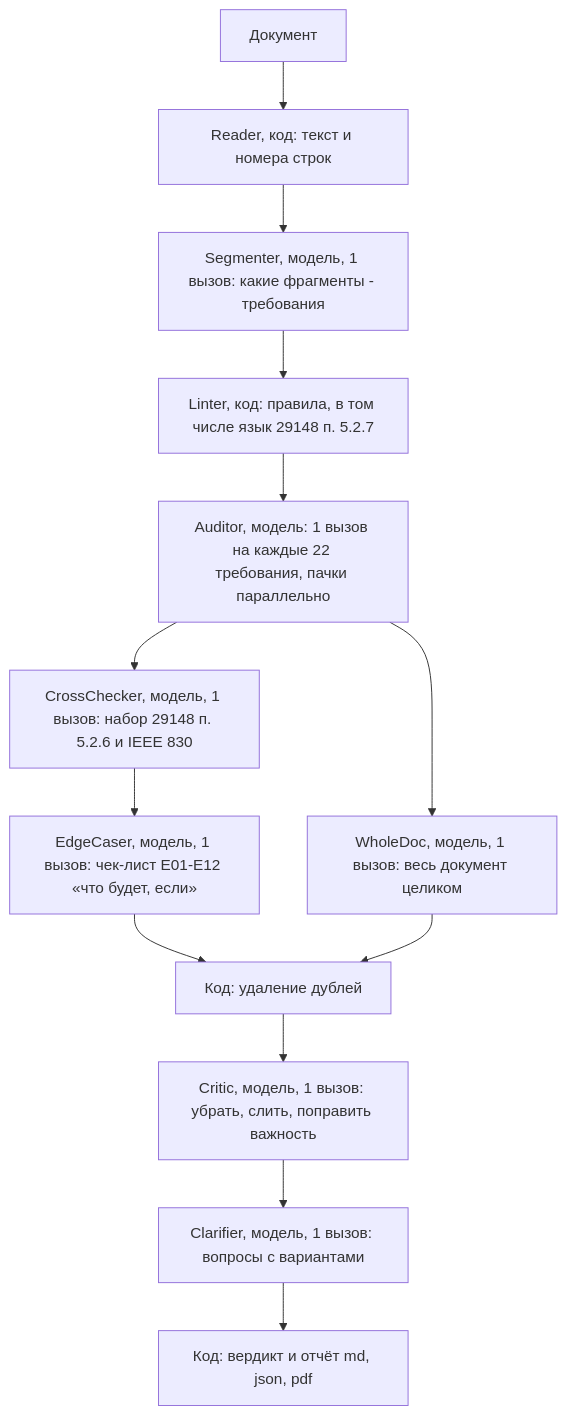
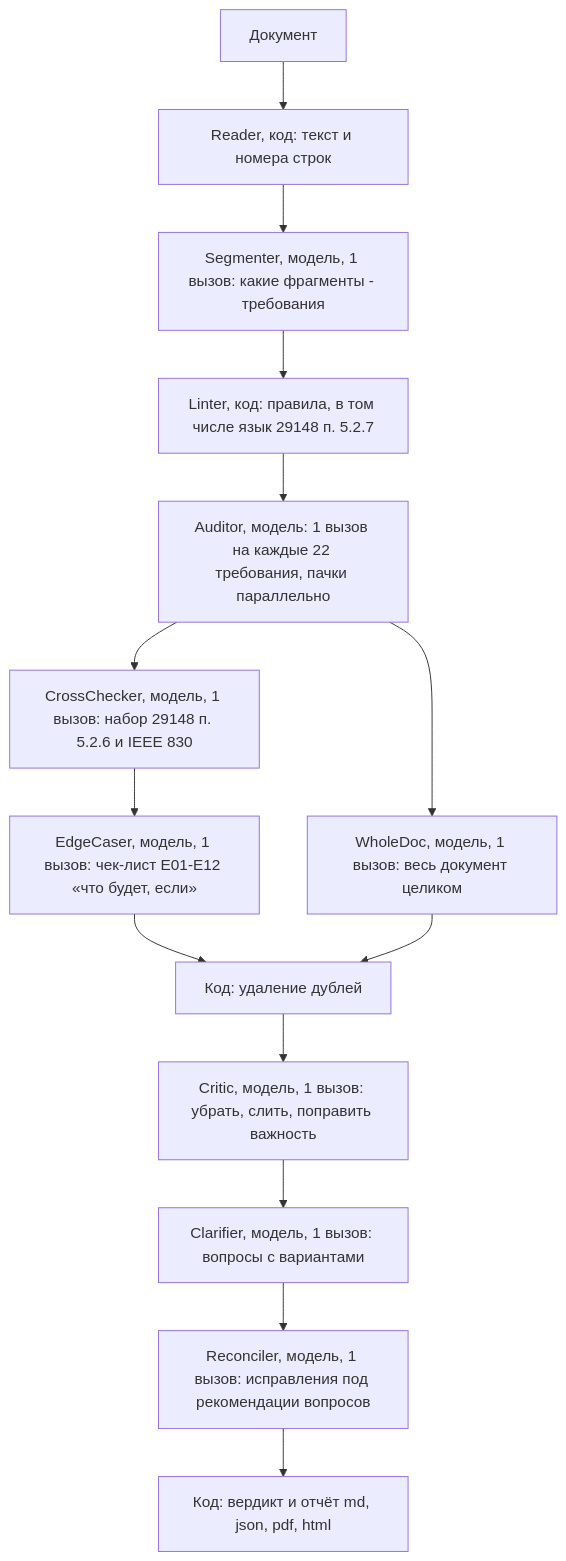
One commit to l9kk/reqcheck changed the diagram in docs/details.md. Above: the diagram before and after it, drawn with Mermaid. The commit also changed other lines of this file and 1 other file, not shown here.

````diff
--- a/docs/details.md
+++ b/docs/details.md
@@ -299,15 +155,16 @@
 ```mermaid
 flowchart TD
     D["Документ"] --> R["Reader, код: текст и номера строк"]
     R --> S["Segmenter, модель, 1 вызов: какие фрагменты - требования"]
     S --> L["Linter, код: правила, в том числе язык 29148 п. 5.2.7"]
     L --> A["Auditor, модель: 1 вызов на каждые 22 требования, пачки параллельно"]
     A --> X["CrossChecker, модель, 1 вызов: набор 29148 п. 5.2.6 и IEEE 830"]
     X --> E["EdgeCaser, модель, 1 вызов: чек-лист E01-E12 «что будет, если»"]
     A --> W["WholeDoc, модель, 1 вызов: весь документ целиком"]
     E --> U["Код: удаление дублей"]
     W --> U
     U --> C["Critic, модель, 1 вызов: убрать, слить, поправить важность"]
     C --> Q["Clarifier, модель, 1 вызов: вопросы с вариантами"]
-    Q --> P["Код: вердикт и отчёт md, json, pdf"]
+    Q --> N["Reconciler, модель, 1 вызов: исправления под рекомендации вопросов"]
+    N --> P["Код: вердикт и отчёт md, json, pdf, html"]
 ```
````
